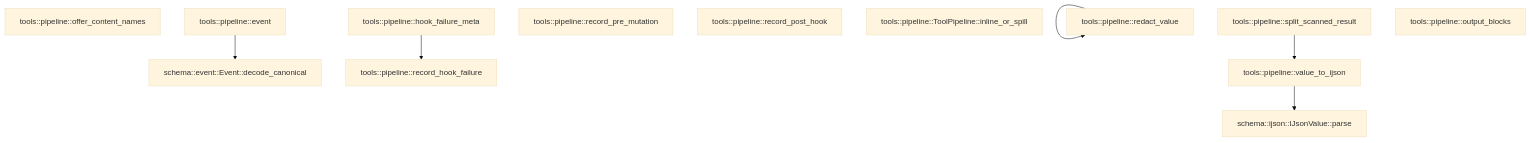
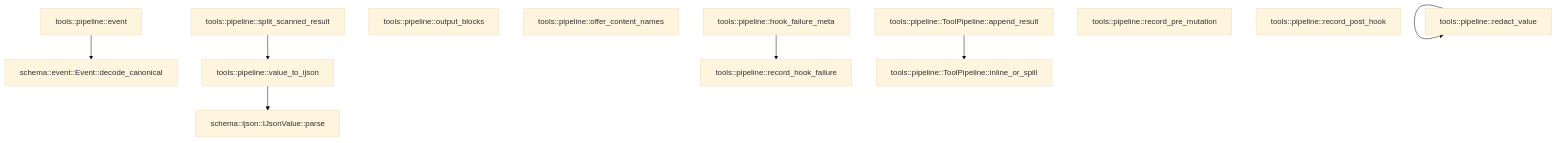
The second of 2 diagrams in crates/tools/docs/generated/src--pipeline.md (TekesApps/TekesKernel), drawn with Mermaid (base theme) before and after one commit. The commit also changed other lines of this file and 69 other files, not shown here.

````diff
--- a/crates/tools/docs/generated/src--pipeline.md
+++ b/crates/tools/docs/generated/src--pipeline.md
@@ -168,21 +169,23 @@
 ```mermaid
 flowchart TD
   n0["schema::event::Event::decode_canonical"]
   n1["schema::ijson::IJsonValue::parse"]
-  n2["tools::pipeline::offer_content_names"]
-  n3["tools::pipeline::redact_value"]
-  n4["tools::pipeline::hook_failure_meta"]
-  n5["tools::pipeline::record_hook_failure"]
-  n6["tools::pipeline::record_pre_mutation"]
-  n7["tools::pipeline::record_post_hook"]
-  n8["tools::pipeline::ToolPipeline::inline_or_spill"]
-  n9["tools::pipeline::event"]
-  n10["tools::pipeline::value_to_ijson"]
-  n11["tools::pipeline::split_scanned_result"]
-  n12["tools::pipeline::output_blocks"]
-  n3 --> n3
-  n4 --> n5
-  n9 --> n0
-  n10 --> n1
-  n11 --> n10
+  n2["tools::pipeline::event"]
+  n3["tools::pipeline::value_to_ijson"]
+  n4["tools::pipeline::split_scanned_result"]
+  n5["tools::pipeline::output_blocks"]
+  n6["tools::pipeline::offer_content_names"]
+  n7["tools::pipeline::redact_value"]
+  n8["tools::pipeline::hook_failure_meta"]
+  n9["tools::pipeline::record_hook_failure"]
+  n10["tools::pipeline::record_pre_mutation"]
+  n11["tools::pipeline::record_post_hook"]
+  n12["tools::pipeline::ToolPipeline::append_result"]
+  n13["tools::pipeline::ToolPipeline::inline_or_spill"]
+  n2 --> n0
+  n3 --> n1
+  n4 --> n3
+  n7 --> n7
+  n8 --> n9
+  n12 --> n13
 ```
````
